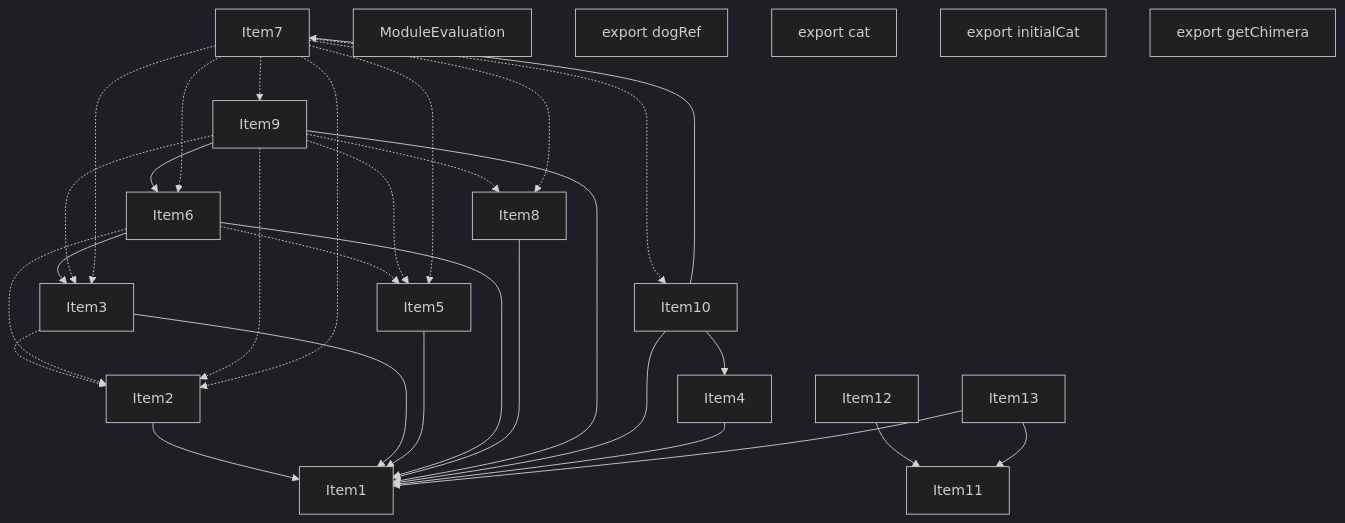
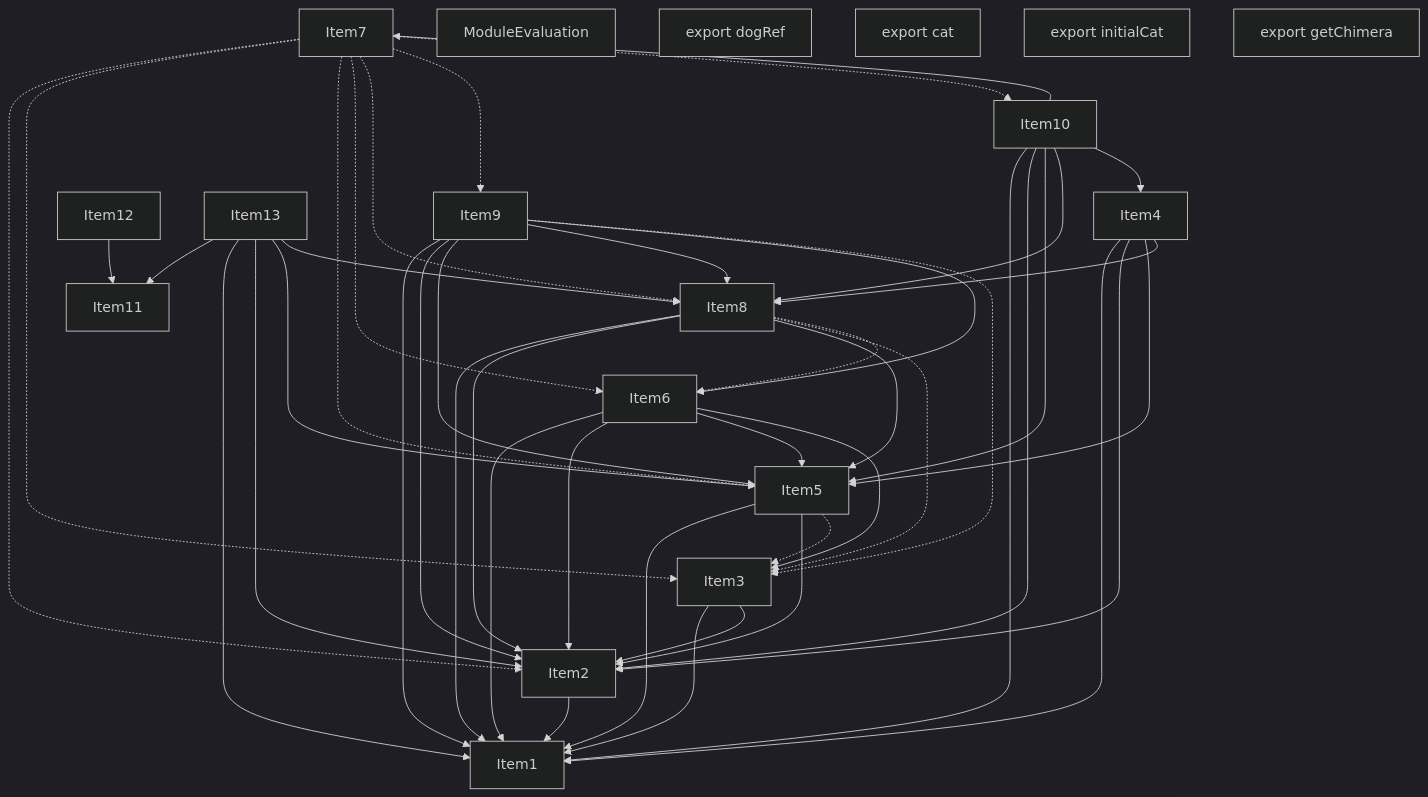
The third of 4 diagrams in crates/turbopack-ecmascript/tests/tree-shaker/analyzer/complex/output.md (vercel/turborepo), drawn with Mermaid (dark theme) before and after one commit. The commit also changed other lines of this file and 2 other files, not shown here.

````diff
--- a/crates/turbopack-ecmascript/tests/tree-shaker/analyzer/complex/output.md
+++ b/crates/turbopack-ecmascript/tests/tree-shaker/analyzer/complex/output.md
@@ -214,55 +226,70 @@
 ```mermaid
 graph TD
     Item1;
     Item2;
     Item3;
     Item4;
     Item5;
     Item6;
     Item7;
     Item8;
     Item9;
     Item10;
     Item11;
     Item12;
     Item13;
     Item14;
     Item14["ModuleEvaluation"];
     Item15;
     Item15["export dogRef"];
     Item16;
     Item16["export cat"];
     Item17;
     Item17["export initialCat"];
     Item18;
     Item18["export getChimera"];
     Item2 --> Item1;
     Item3 --> Item1;
-    Item3 -.-> Item2;
+    Item3 --> Item2;
     Item5 --> Item1;
+    Item5 --> Item2;
+    Item5 -.-> Item3;
     Item6 --> Item1;
+    Item6 --> Item2;
+    Item6 --> Item5;
     Item6 --> Item3;
-    Item6 -.-> Item2;
-    Item6 -.-> Item5;
     Item8 --> Item1;
+    Item8 --> Item2;
+    Item8 --> Item5;
+    Item8 -.-> Item3;
+    Item8 -.-> Item6;
     Item9 --> Item1;
+    Item9 --> Item2;
+    Item9 --> Item5;
+    Item9 --> Item8;
     Item9 --> Item6;
-    Item9 -.-> Item2;
     Item9 -.-> Item3;
-    Item9 -.-> Item5;
-    Item9 -.-> Item8;
     Item10 --> Item1;
+    Item10 --> Item2;
+    Item10 --> Item5;
+    Item10 --> Item8;
     Item10 --> Item4;
     Item10 --> Item7;
     Item12 --> Item11;
     Item4 --> Item1;
+    Item4 --> Item2;
+    Item4 --> Item5;
+    Item4 --> Item8;
     Item7 -.-> Item2;
     Item7 -.-> Item3;
     Item7 -.-> Item5;
     Item7 -.-> Item6;
     Item7 -.-> Item8;
     Item7 -.-> Item9;
     Item7 -.-> Item10;
     Item13 --> Item11;
     Item13 --> Item1;
+    Item13 --> Item2;
+    Item13 --> Item5;
+    Item13 --> Item8;
 ```
````
